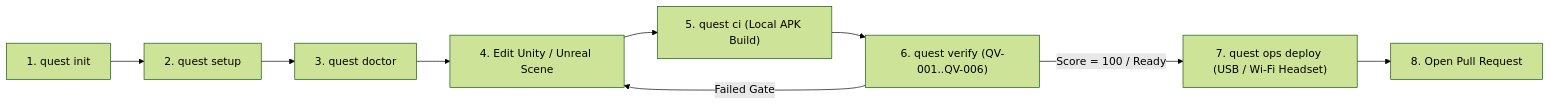
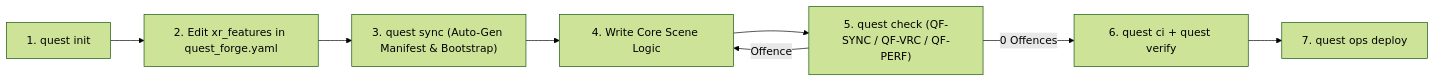
One commit to sweengineeringlabs/questforge changed the second of 10 diagrams in docs/3-design/developer_workflow.md. Above: the diagram before and after it, drawn with Mermaid (forest theme). The commit also changed other lines of this file and 15 other files, not shown here.

Commit message:
feat(dx): implement xr_features, quest sync, quest check, and quest doctor --fix (#15)

````diff
--- a/docs/3-design/developer_workflow.md
+++ b/docs/3-design/developer_workflow.md
@@ -78,11 +84,10 @@
 ```mermaid
 flowchart LR
-    A["1. quest init"] --> B["2. quest setup"]
-    B --> C["3. quest doctor"]
-    C --> D["4. Edit Unity / Unreal Scene"]
-    D --> E["5. quest ci (Local APK Build)"]
-    E --> F["6. quest verify (QV-001..QV-006)"]
-    F -->|"Score = 100 / Ready"| G["7. quest ops deploy (USB / Wi-Fi Headset)"]
-    F -->|"Failed Gate"| D
-    G --> H["8. Open Pull Request"]
+    A["1. quest init"] --> B["2. Edit xr_features in quest_forge.yaml"]
+    B --> C["3. quest sync (Auto-Gen Manifest & Bootstrap)"]
+    C --> D["4. Write Core Scene Logic"]
+    D --> E["5. quest check (QF-SYNC / QF-VRC / QF-PERF)"]
+    E -->|"0 Offences"| F["6. quest ci + quest verify"]
+    E -->|"Offence"| D
+    F --> G["7. quest ops deploy"]
 ```
````
